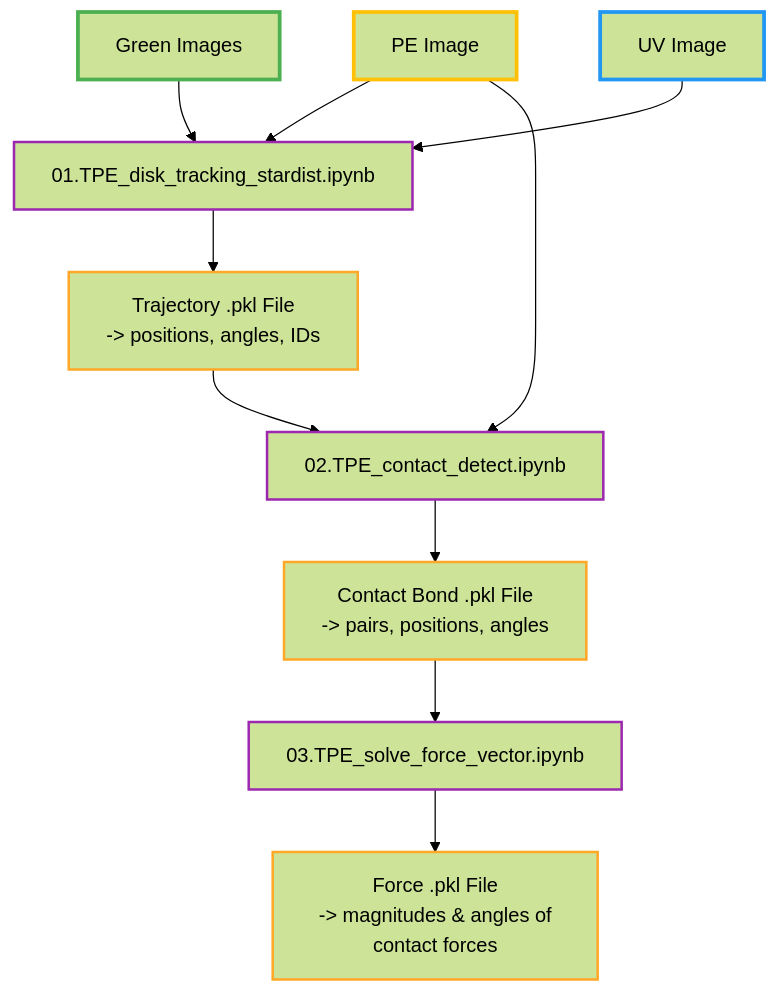
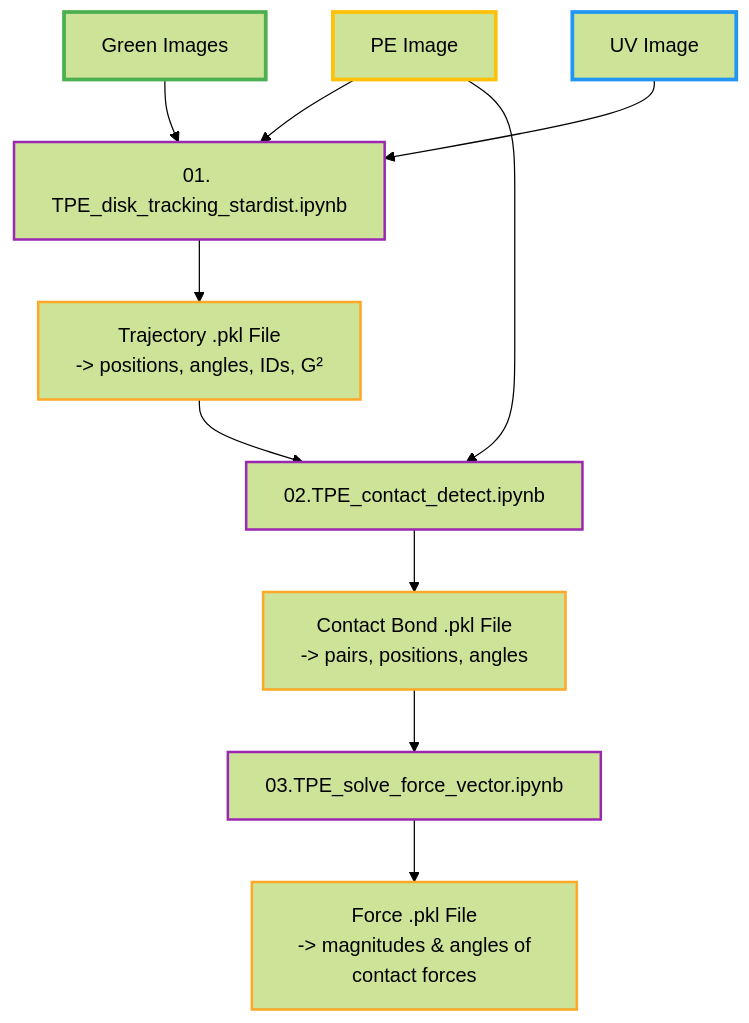
The diagram in README.md (linjunJR/TPE_Disk_Image_Processing), drawn with Mermaid (forest theme) before and after one commit.

Commit message:
Align README workflow labels with actual notebook names and G² output
Agent-Logs-Url: https://github.com/jctsaigroup/TPE-Disk-Image-Processing/sessions/c17c1733-4fcb-4b68-b3bf-b3e13183198a

````diff
--- a/README.md
+++ b/README.md
@@ -18,23 +18,23 @@
 ```mermaid
 
 flowchart TD
-    I1[Green Images] --> B[01.TPE_disk_tracking_stardist.ipynb]
+    I1[Green Images] --> B[01. TPE_disk_tracking_stardist.ipynb]
     I2[UV Image] --> B
     I3[PE Image] --> B
     I3 --> D
-    B --> C[Trajectory .pkl File<br/> -> positions, angles, IDs]
+    B --> C[Trajectory .pkl File<br/> -> positions, angles, IDs, G²]
     C --> D[02.TPE_contact_detect.ipynb]
     D --> E[Contact Bond .pkl File<br/> -> pairs, positions, angles]
     E --> F[03.TPE_solve_force_vector.ipynb]
     F --> G[Force .pkl File<br/> -> magnitudes & angles of contact forces]
         
     style I1 stroke:#4CAF50,stroke-width:3px
     style I2 stroke:#2196F3,stroke-width:3px
     style I3 stroke:#FFC107,stroke-width:3px
     style C stroke:#FFA726,stroke-width:2px
     style E stroke:#FFA726,stroke-width:2px
     style G stroke:#FFA726,stroke-width:2px
     style B stroke:#9C27B0,stroke-width:2px
     style D stroke:#9C27B0,stroke-width:2px
     style F stroke:#9C27B0,stroke-width:2px
 ```
````
